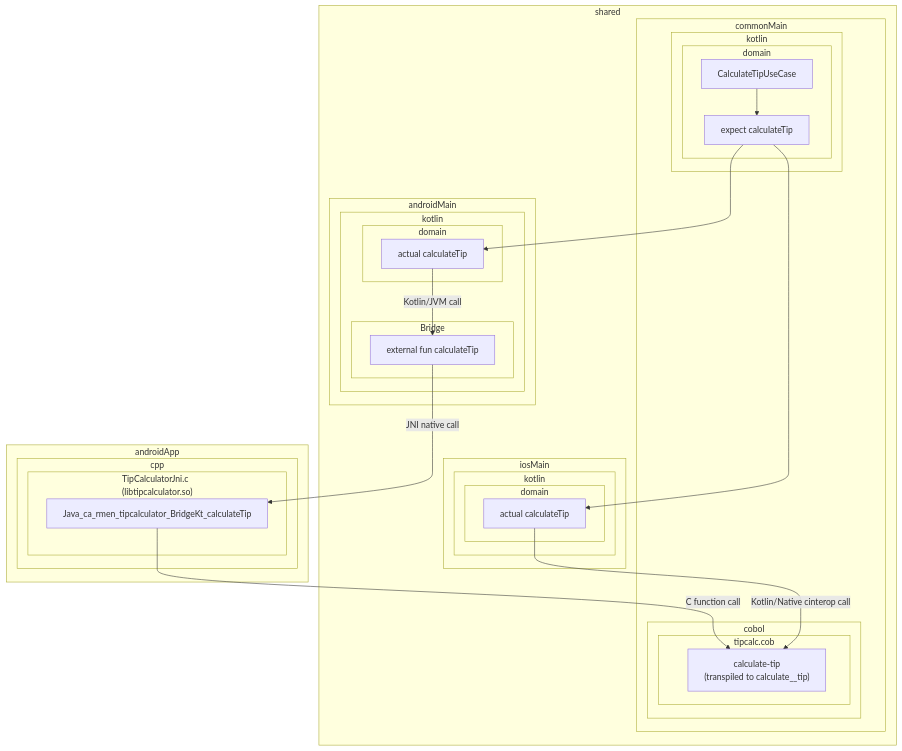
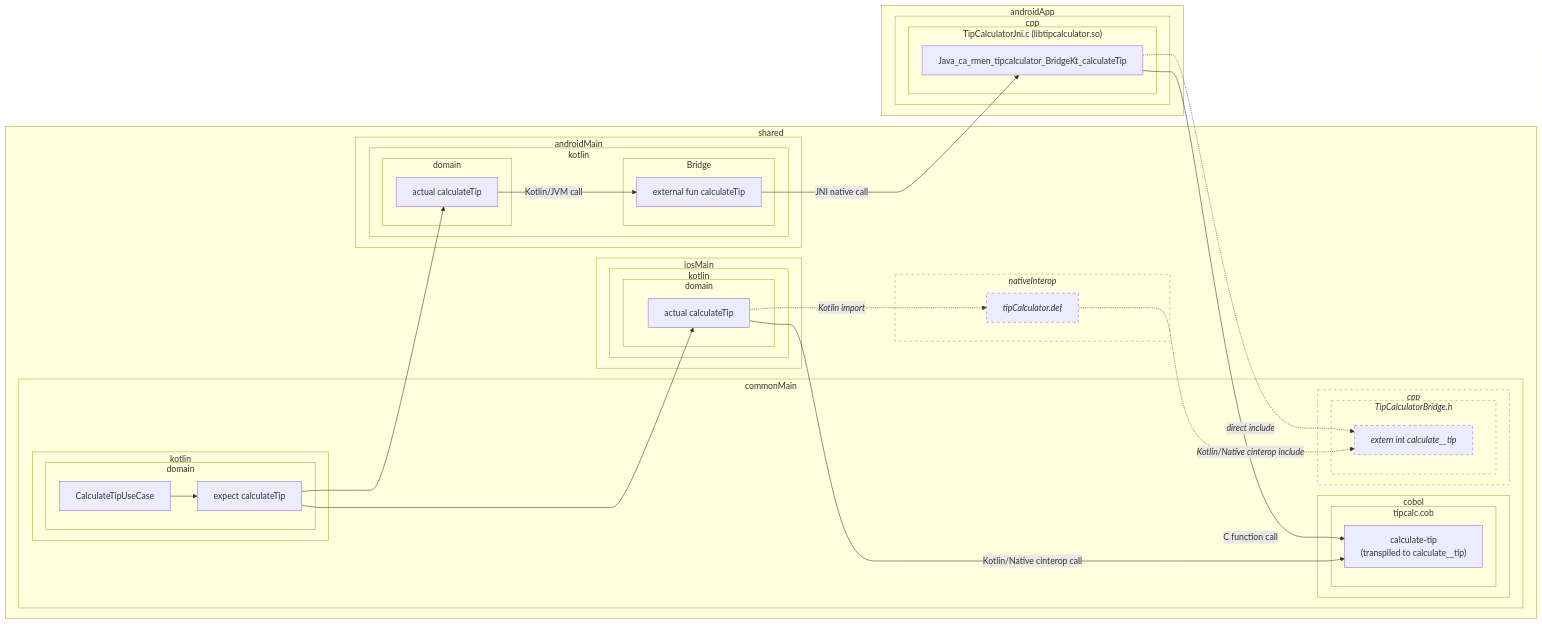
Before and after one commit to caarmen/tip-calculator: the diagram in docs/architecture.md, drawn with Mermaid. The commit also changed other lines of this file, not shown here.

Commit message:
Add more details to the architecture diagram.

````diff
--- a/docs/architecture.md
+++ b/docs/architecture.md
@@ -4,50 +8,71 @@
 ```mermaid
-graph TD
+graph LR
     subgraph androidApp
         subgraph cpp
-            subgraph TipCalculatorJni["TipCalculatorJni.c<br>(libtipcalculator.so)"]
+            subgraph TipCalculatorJni["TipCalculatorJni.c (libtipcalculator.so)"]
                 calculateTipJni["Java_ca_rmen_tipcalculator_BridgeKt_calculateTip"]
             end
         end
     end
     subgraph shared
         subgraph commonMainlib[commonMain]
             subgraph cobol
                 subgraph tipcalc["tipcalc.cob"]
                     cobcalculatetip["calculate-tip<br>(transpiled to calculate__tip)"]
+                end
+            end
+            subgraph commoncpp["<i>cpp</i>"]
+                subgraph TipCalculatorBridge["<i>TipCalculatorBridge.h</i>"]
+                    calculateTipBridgeH["<i>extern int calculate__tip</i>"]
                 end
             end
             subgraph kotlin
                 subgraph domain
                     CalculateTipUseCase
                     calculateTip["expect calculateTip"]
                 end
             end
         end
         subgraph androidMain
             subgraph androidkotlin["kotlin"]
                 subgraph androiddomain["domain"]
                     calculateTipAndroid["actual calculateTip"]
                 end
                 subgraph androidbridge["Bridge"]
                     calculateTipBridge["external fun calculateTip"]
                 end
             end
         end
         subgraph iosMain
             subgraph ioskotlin["kotlin"]
                 subgraph iosdomain["domain"]
                     calculateTipiOS["actual calculateTip"]
                 end
             end
         end
+        subgraph nativeInterop["<i>nativeInterop</i>"]
+            tipCalculatorDef["<i>tipCalculator.def</i>"]
+        end
   end
+
+  classDef dashes stroke-dasharray: 5 5;
+  class nativeInterop dashes
+  class tipCalculatorDef dashes
+  class TipCalculatorBridge dashes
+  class calculateTipBridgeH dashes
+  class commoncpp dashes
 
   CalculateTipUseCase --> calculateTip
   calculateTip --> calculateTipAndroid
   calculateTip --> calculateTipiOS
   calculateTipAndroid --> |"Kotlin/JVM call"|calculateTipBridge
   calculateTipBridge --> |"JNI native call"|calculateTipJni
+  calculateTipJni -.->|"<i>direct include</i>"|calculateTipBridgeH
   calculateTipJni --> |"C function call"|cobcalculatetip
   calculateTipiOS --> |"Kotlin/Native cinterop call"|cobcalculatetip
+  tipCalculatorDef -.-> |"<i>Kotlin/Native cinterop include</i>"|calculateTipBridgeH
+  calculateTipiOS -.-> |"<i>Kotlin import</i>"|tipCalculatorDef
+
+
+
 ```
````
